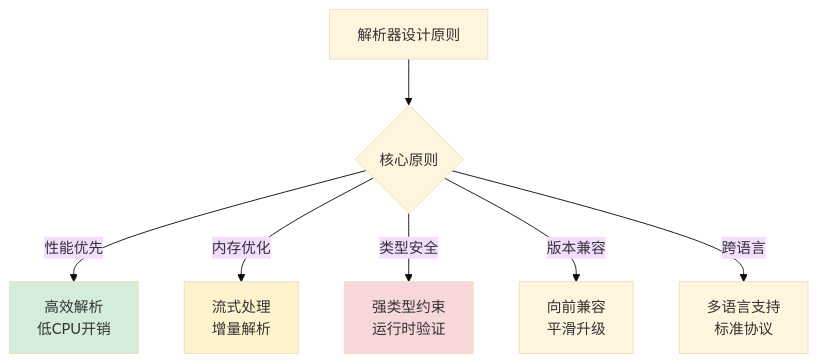
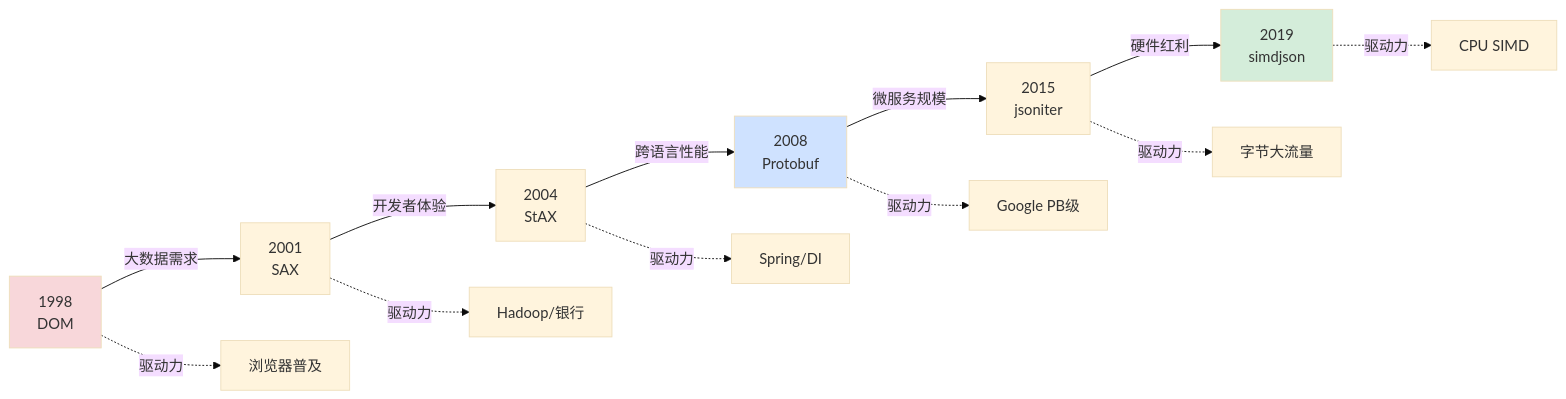
One commit to chongyang211/YCBookBlog changed the fifth of 21 diagrams in 00.通用技术的提升/02.程序编程原理/06.数据解析设计思想.md. Above: the diagram before and after it, drawn with Mermaid (base theme). The commit also changed other lines of this file and 5 other files, not shown here.

````diff
--- a/00.通用技术的提升/02.程序编程原理/06.数据解析设计思想.md
+++ b/00.通用技术的提升/02.程序编程原理/06.数据解析设计思想.md
@@ -362,13 +1046,19 @@
 ```mermaid
-graph TB
-    A[解析器设计原则] --> B{核心原则}
-    B -->|性能优先| C[高效解析<br/>低CPU开销]
-    B -->|内存优化| D[流式处理<br/>增量解析]
-    B -->|类型安全| E[强类型约束<br/>运行时验证]
-    B -->|版本兼容| F[向前兼容<br/>平滑升级]
-    B -->|跨语言| G[多语言支持<br/>标准协议]
+flowchart LR
+    A[1998<br/>DOM] -->|大数据需求| B[2001<br/>SAX]
+    B -->|开发者体验| C[2004<br/>StAX]
+    C -->|跨语言性能| D[2008<br/>Protobuf]
+    D -->|微服务规模| E[2015<br/>jsoniter]
+    E -->|硬件红利| F[2019<br/>simdjson]
     
-    style C fill:#d4edda
-    style D fill:#fff3cd
-    style E fill:#f8d7da
+    A -.驱动力.-> A1[浏览器普及]
+    B -.驱动力.-> B1[Hadoop/银行]
+    C -.驱动力.-> C1[Spring/DI]
+    D -.驱动力.-> D1[Google PB级]
+    E -.驱动力.-> E1[字节大流量]
+    F -.驱动力.-> F1[CPU SIMD]
+
+    style A fill:#f8d7da
+    style D fill:#cfe2ff
+    style F fill:#d4edda
 ```
````
